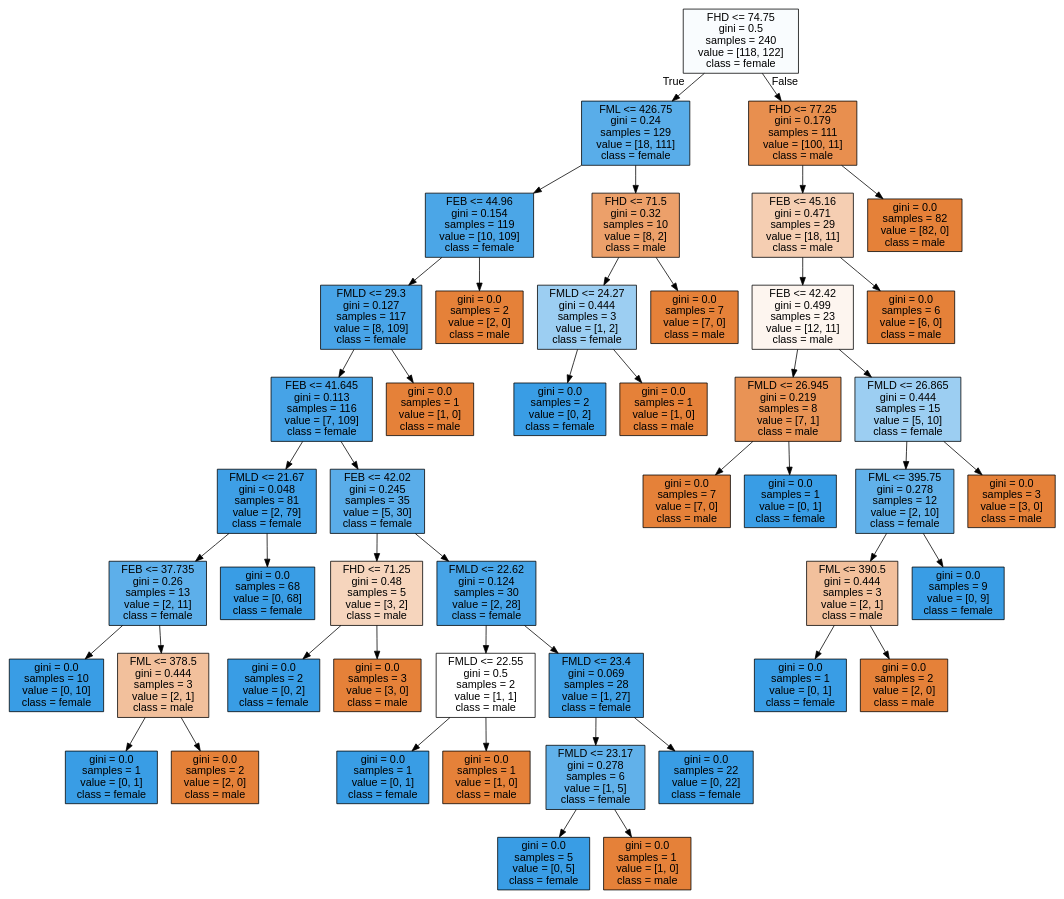
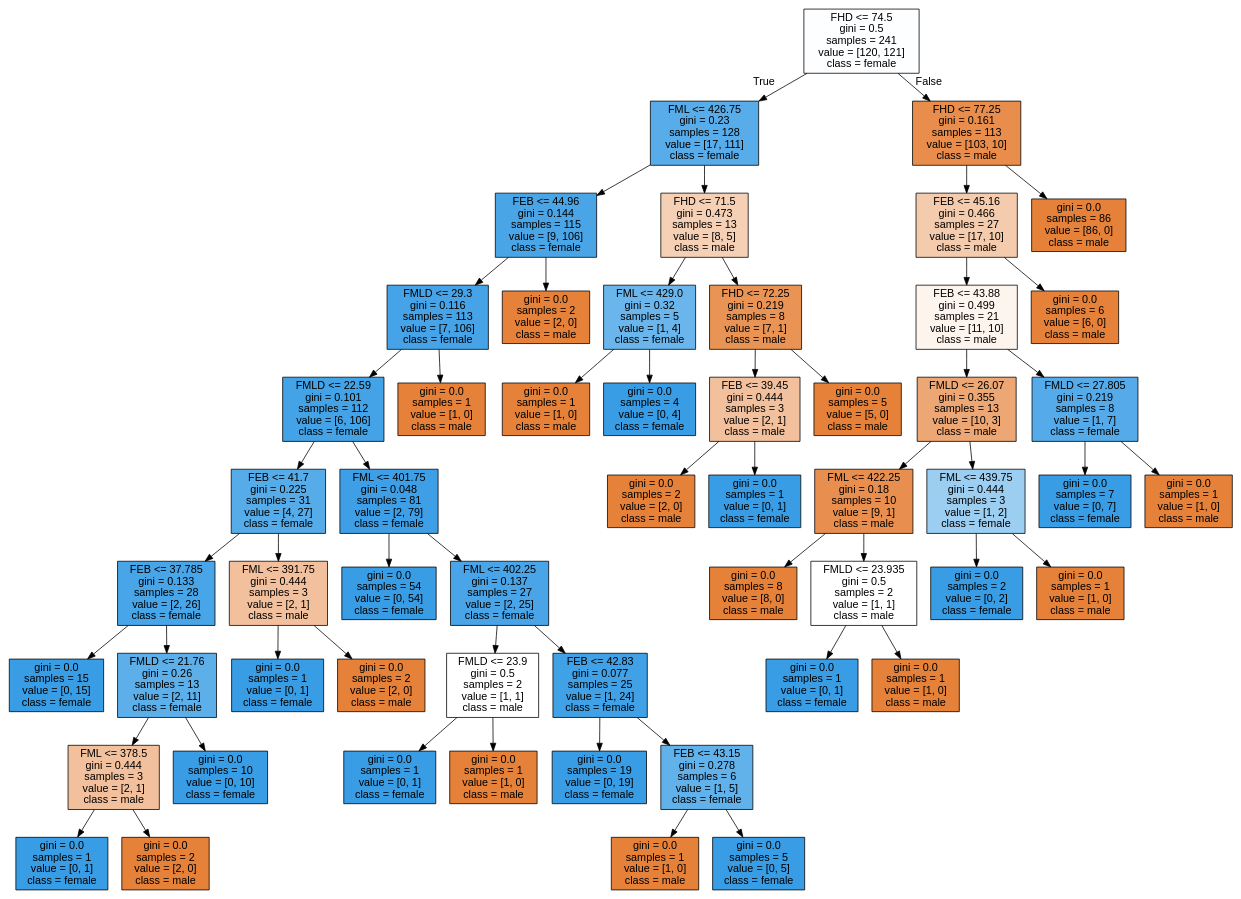
Before and after one commit to AndreeaBolonyi/ReconstituiriIstorice: the diagram in data/decision_trees/tree_sex_femur.dot, drawn with Graphviz. The commit also changed 5 other files, not shown here.

```diff
--- a/data/decision_trees/tree_sex_femur.dot
+++ b/data/decision_trees/tree_sex_femur.dot
@@ -1,97 +1,113 @@
 digraph Tree {
 node [shape=box, style="filled", color="black", fontname="helvetica"] ;
 edge [fontname="helvetica"] ;
-0 [label="FHD <= 74.75\ngini = 0.5\nsamples = 240\nvalue = [118, 122]\nclass = female", fillcolor="#f9fcfe"] ;
-1 [label="FML <= 426.75\ngini = 0.24\nsamples = 129\nvalue = [18, 111]\nclass = female", fillcolor="#59ade9"] ;
+0 [label="FHD <= 74.5\ngini = 0.5\nsamples = 241\nvalue = [120, 121]\nclass = female", fillcolor="#fdfeff"] ;
+1 [label="FML <= 426.75\ngini = 0.23\nsamples = 128\nvalue = [17, 111]\nclass = female", fillcolor="#57ace9"] ;
 0 -> 1 [labeldistance=2.5, labelangle=45, headlabel="True"] ;
-2 [label="FEB <= 44.96\ngini = 0.154\nsamples = 119\nvalue = [10, 109]\nclass = female", fillcolor="#4ba6e7"] ;
+2 [label="FEB <= 44.96\ngini = 0.144\nsamples = 115\nvalue = [9, 106]\nclass = female", fillcolor="#4aa5e7"] ;
 1 -> 2 ;
-3 [label="FMLD <= 29.3\ngini = 0.127\nsamples = 117\nvalue = [8, 109]\nclass = female", fillcolor="#48a4e7"] ;
+3 [label="FMLD <= 29.3\ngini = 0.116\nsamples = 113\nvalue = [7, 106]\nclass = female", fillcolor="#46a3e7"] ;
 2 -> 3 ;
-4 [label="FEB <= 41.645\ngini = 0.113\nsamples = 116\nvalue = [7, 109]\nclass = female", fillcolor="#46a3e7"] ;
+4 [label="FMLD <= 22.59\ngini = 0.101\nsamples = 112\nvalue = [6, 106]\nclass = female", fillcolor="#44a3e6"] ;
 3 -> 4 ;
-5 [label="FMLD <= 21.67\ngini = 0.048\nsamples = 81\nvalue = [2, 79]\nclass = female", fillcolor="#3e9fe6"] ;
+5 [label="FEB <= 41.7\ngini = 0.225\nsamples = 31\nvalue = [4, 27]\nclass = female", fillcolor="#56ace9"] ;
 4 -> 5 ;
-6 [label="FEB <= 37.735\ngini = 0.26\nsamples = 13\nvalue = [2, 11]\nclass = female", fillcolor="#5dafea"] ;
+6 [label="FEB <= 37.785\ngini = 0.133\nsamples = 28\nvalue = [2, 26]\nclass = female", fillcolor="#48a5e7"] ;
 5 -> 6 ;
-7 [label="gini = 0.0\nsamples = 10\nvalue = [0, 10]\nclass = female", fillcolor="#399de5"] ;
+7 [label="gini = 0.0\nsamples = 15\nvalue = [0, 15]\nclass = female", fillcolor="#399de5"] ;
 6 -> 7 ;
-8 [label="FML <= 378.5\ngini = 0.444\nsamples = 3\nvalue = [2, 1]\nclass = male", fillcolor="#f2c09c"] ;
+8 [label="FMLD <= 21.76\ngini = 0.26\nsamples = 13\nvalue = [2, 11]\nclass = female", fillcolor="#5dafea"] ;
 6 -> 8 ;
-9 [label="gini = 0.0\nsamples = 1\nvalue = [0, 1]\nclass = female", fillcolor="#399de5"] ;
+9 [label="FML <= 378.5\ngini = 0.444\nsamples = 3\nvalue = [2, 1]\nclass = male", fillcolor="#f2c09c"] ;
 8 -> 9 ;
-10 [label="gini = 0.0\nsamples = 2\nvalue = [2, 0]\nclass = male", fillcolor="#e58139"] ;
-8 -> 10 ;
-11 [label="gini = 0.0\nsamples = 68\nvalue = [0, 68]\nclass = female", fillcolor="#399de5"] ;
-5 -> 11 ;
-12 [label="FEB <= 42.02\ngini = 0.245\nsamples = 35\nvalue = [5, 30]\nclass = female", fillcolor="#5aade9"] ;
-4 -> 12 ;
-13 [label="FHD <= 71.25\ngini = 0.48\nsamples = 5\nvalue = [3, 2]\nclass = male", fillcolor="#f6d5bd"] ;
-12 -> 13 ;
-14 [label="gini = 0.0\nsamples = 2\nvalue = [0, 2]\nclass = female", fillcolor="#399de5"] ;
+10 [label="gini = 0.0\nsamples = 1\nvalue = [0, 1]\nclass = female", fillcolor="#399de5"] ;
+9 -> 10 ;
+11 [label="gini = 0.0\nsamples = 2\nvalue = [2, 0]\nclass = male", fillcolor="#e58139"] ;
+9 -> 11 ;
+12 [label="gini = 0.0\nsamples = 10\nvalue = [0, 10]\nclass = female", fillcolor="#399de5"] ;
+8 -> 12 ;
+13 [label="FML <= 391.75\ngini = 0.444\nsamples = 3\nvalue = [2, 1]\nclass = male", fillcolor="#f2c09c"] ;
+5 -> 13 ;
+14 [label="gini = 0.0\nsamples = 1\nvalue = [0, 1]\nclass = female", fillcolor="#399de5"] ;
 13 -> 14 ;
-15 [label="gini = 0.0\nsamples = 3\nvalue = [3, 0]\nclass = male", fillcolor="#e58139"] ;
+15 [label="gini = 0.0\nsamples = 2\nvalue = [2, 0]\nclass = male", fillcolor="#e58139"] ;
 13 -> 15 ;
-16 [label="FMLD <= 22.62\ngini = 0.124\nsamples = 30\nvalue = [2, 28]\nclass = female", fillcolor="#47a4e7"] ;
-12 -> 16 ;
-17 [label="FMLD <= 22.55\ngini = 0.5\nsamples = 2\nvalue = [1, 1]\nclass = male", fillcolor="#ffffff"] ;
+16 [label="FML <= 401.75\ngini = 0.048\nsamples = 81\nvalue = [2, 79]\nclass = female", fillcolor="#3e9fe6"] ;
+4 -> 16 ;
+17 [label="gini = 0.0\nsamples = 54\nvalue = [0, 54]\nclass = female", fillcolor="#399de5"] ;
 16 -> 17 ;
-18 [label="gini = 0.0\nsamples = 1\nvalue = [0, 1]\nclass = female", fillcolor="#399de5"] ;
-17 -> 18 ;
-19 [label="gini = 0.0\nsamples = 1\nvalue = [1, 0]\nclass = male", fillcolor="#e58139"] ;
-17 -> 19 ;
-20 [label="FMLD <= 23.4\ngini = 0.069\nsamples = 28\nvalue = [1, 27]\nclass = female", fillcolor="#40a1e6"] ;
-16 -> 20 ;
-21 [label="FMLD <= 23.17\ngini = 0.278\nsamples = 6\nvalue = [1, 5]\nclass = female", fillcolor="#61b1ea"] ;
-20 -> 21 ;
-22 [label="gini = 0.0\nsamples = 5\nvalue = [0, 5]\nclass = female", fillcolor="#399de5"] ;
-21 -> 22 ;
-23 [label="gini = 0.0\nsamples = 1\nvalue = [1, 0]\nclass = male", fillcolor="#e58139"] ;
-21 -> 23 ;
-24 [label="gini = 0.0\nsamples = 22\nvalue = [0, 22]\nclass = female", fillcolor="#399de5"] ;
-20 -> 24 ;
+18 [label="FML <= 402.25\ngini = 0.137\nsamples = 27\nvalue = [2, 25]\nclass = female", fillcolor="#49a5e7"] ;
+16 -> 18 ;
+19 [label="FMLD <= 23.9\ngini = 0.5\nsamples = 2\nvalue = [1, 1]\nclass = male", fillcolor="#ffffff"] ;
+18 -> 19 ;
+20 [label="gini = 0.0\nsamples = 1\nvalue = [0, 1]\nclass = female", fillcolor="#399de5"] ;
+19 -> 20 ;
+21 [label="gini = 0.0\nsamples = 1\nvalue = [1, 0]\nclass = male", fillcolor="#e58139"] ;
+19 -> 21 ;
+22 [label="FEB <= 42.83\ngini = 0.077\nsamples = 25\nvalue = [1, 24]\nclass = female", fillcolor="#41a1e6"] ;
+18 -> 22 ;
+23 [label="gini = 0.0\nsamples = 19\nvalue = [0, 19]\nclass = female", fillcolor="#399de5"] ;
+22 -> 23 ;
+24 [label="FEB <= 43.15\ngini = 0.278\nsamples = 6\nvalue = [1, 5]\nclass = female", fillcolor="#61b1ea"] ;
+22 -> 24 ;
 25 [label="gini = 0.0\nsamples = 1\nvalue = [1, 0]\nclass = male", fillcolor="#e58139"] ;
-3 -> 25 ;
-26 [label="gini = 0.0\nsamples = 2\nvalue = [2, 0]\nclass = male", fillcolor="#e58139"] ;
-2 -> 26 ;
-27 [label="FHD <= 71.5\ngini = 0.32\nsamples = 10\nvalue = [8, 2]\nclass = male", fillcolor="#eca06a"] ;
-1 -> 27 ;
-28 [label="FMLD <= 24.27\ngini = 0.444\nsamples = 3\nvalue = [1, 2]\nclass = female", fillcolor="#9ccef2"] ;
-27 -> 28 ;
-29 [label="gini = 0.0\nsamples = 2\nvalue = [0, 2]\nclass = female", fillcolor="#399de5"] ;
-28 -> 29 ;
-30 [label="gini = 0.0\nsamples = 1\nvalue = [1, 0]\nclass = male", fillcolor="#e58139"] ;
-28 -> 30 ;
-31 [label="gini = 0.0\nsamples = 7\nvalue = [7, 0]\nclass = male", fillcolor="#e58139"] ;
-27 -> 31 ;
-32 [label="FHD <= 77.25\ngini = 0.179\nsamples = 111\nvalue = [100, 11]\nclass = male", fillcolor="#e88f4f"] ;
-0 -> 32 [labeldistance=2.5, labelangle=-45, headlabel="False"] ;
-33 [label="FEB <= 45.16\ngini = 0.471\nsamples = 29\nvalue = [18, 11]\nclass = male", fillcolor="#f5ceb2"] ;
-32 -> 33 ;
-34 [label="FEB <= 42.42\ngini = 0.499\nsamples = 23\nvalue = [12, 11]\nclass = male", fillcolor="#fdf5ef"] ;
+24 -> 25 ;
+26 [label="gini = 0.0\nsamples = 5\nvalue = [0, 5]\nclass = female", fillcolor="#399de5"] ;
+24 -> 26 ;
+27 [label="gini = 0.0\nsamples = 1\nvalue = [1, 0]\nclass = male", fillcolor="#e58139"] ;
+3 -> 27 ;
+28 [label="gini = 0.0\nsamples = 2\nvalue = [2, 0]\nclass = male", fillcolor="#e58139"] ;
+2 -> 28 ;
+29 [label="FHD <= 71.5\ngini = 0.473\nsamples = 13\nvalue = [8, 5]\nclass = male", fillcolor="#f5d0b5"] ;
+1 -> 29 ;
+30 [label="FML <= 429.0\ngini = 0.32\nsamples = 5\nvalue = [1, 4]\nclass = female", fillcolor="#6ab6ec"] ;
+29 -> 30 ;
+31 [label="gini = 0.0\nsamples = 1\nvalue = [1, 0]\nclass = male", fillcolor="#e58139"] ;
+30 -> 31 ;
+32 [label="gini = 0.0\nsamples = 4\nvalue = [0, 4]\nclass = female", fillcolor="#399de5"] ;
+30 -> 32 ;
+33 [label="FHD <= 72.25\ngini = 0.219\nsamples = 8\nvalue = [7, 1]\nclass = male", fillcolor="#e99355"] ;
+29 -> 33 ;
+34 [label="FEB <= 39.45\ngini = 0.444\nsamples = 3\nvalue = [2, 1]\nclass = male", fillcolor="#f2c09c"] ;
 33 -> 34 ;
-35 [label="FMLD <= 26.945\ngini = 0.219\nsamples = 8\nvalue = [7, 1]\nclass = male", fillcolor="#e99355"] ;
+35 [label="gini = 0.0\nsamples = 2\nvalue = [2, 0]\nclass = male", fillcolor="#e58139"] ;
 34 -> 35 ;
-36 [label="gini = 0.0\nsamples = 7\nvalue = [7, 0]\nclass = male", fillcolor="#e58139"] ;
-35 -> 36 ;
-37 [label="gini = 0.0\nsamples = 1\nvalue = [0, 1]\nclass = female", fillcolor="#399de5"] ;
-35 -> 37 ;
-38 [label="FMLD <= 26.865\ngini = 0.444\nsamples = 15\nvalue = [5, 10]\nclass = female", fillcolor="#9ccef2"] ;
-34 -> 38 ;
-39 [label="FML <= 395.75\ngini = 0.278\nsamples = 12\nvalue = [2, 10]\nclass = female", fillcolor="#61b1ea"] ;
+36 [label="gini = 0.0\nsamples = 1\nvalue = [0, 1]\nclass = female", fillcolor="#399de5"] ;
+34 -> 36 ;
+37 [label="gini = 0.0\nsamples = 5\nvalue = [5, 0]\nclass = male", fillcolor="#e58139"] ;
+33 -> 37 ;
+38 [label="FHD <= 77.25\ngini = 0.161\nsamples = 113\nvalue = [103, 10]\nclass = male", fillcolor="#e88d4c"] ;
+0 -> 38 [labeldistance=2.5, labelangle=-45, headlabel="False"] ;
+39 [label="FEB <= 45.16\ngini = 0.466\nsamples = 27\nvalue = [17, 10]\nclass = male", fillcolor="#f4cbad"] ;
 38 -> 39 ;
-40 [label="FML <= 390.5\ngini = 0.444\nsamples = 3\nvalue = [2, 1]\nclass = male", fillcolor="#f2c09c"] ;
+40 [label="FEB <= 43.88\ngini = 0.499\nsamples = 21\nvalue = [11, 10]\nclass = male", fillcolor="#fdf4ed"] ;
 39 -> 40 ;
-41 [label="gini = 0.0\nsamples = 1\nvalue = [0, 1]\nclass = female", fillcolor="#399de5"] ;
+41 [label="FMLD <= 26.07\ngini = 0.355\nsamples = 13\nvalue = [10, 3]\nclass = male", fillcolor="#eda774"] ;
 40 -> 41 ;
-42 [label="gini = 0.0\nsamples = 2\nvalue = [2, 0]\nclass = male", fillcolor="#e58139"] ;
-40 -> 42 ;
-43 [label="gini = 0.0\nsamples = 9\nvalue = [0, 9]\nclass = female", fillcolor="#399de5"] ;
-39 -> 43 ;
-44 [label="gini = 0.0\nsamples = 3\nvalue = [3, 0]\nclass = male", fillcolor="#e58139"] ;
-38 -> 44 ;
-45 [label="gini = 0.0\nsamples = 6\nvalue = [6, 0]\nclass = male", fillcolor="#e58139"] ;
-33 -> 45 ;
-46 [label="gini = 0.0\nsamples = 82\nvalue = [82, 0]\nclass = male", fillcolor="#e58139"] ;
-32 -> 46 ;
+42 [label="FML <= 422.25\ngini = 0.18\nsamples = 10\nvalue = [9, 1]\nclass = male", fillcolor="#e88f4f"] ;
+41 -> 42 ;
+43 [label="gini = 0.0\nsamples = 8\nvalue = [8, 0]\nclass = male", fillcolor="#e58139"] ;
+42 -> 43 ;
+44 [label="FMLD <= 23.935\ngini = 0.5\nsamples = 2\nvalue = [1, 1]\nclass = male", fillcolor="#ffffff"] ;
+42 -> 44 ;
+45 [label="gini = 0.0\nsamples = 1\nvalue = [0, 1]\nclass = female", fillcolor="#399de5"] ;
+44 -> 45 ;
+46 [label="gini = 0.0\nsamples = 1\nvalue = [1, 0]\nclass = male", fillcolor="#e58139"] ;
+44 -> 46 ;
+47 [label="FML <= 439.75\ngini = 0.444\nsamples = 3\nvalue = [1, 2]\nclass = female", fillcolor="#9ccef2"] ;
+41 -> 47 ;
+48 [label="gini = 0.0\nsamples = 2\nvalue = [0, 2]\nclass = female", fillcolor="#399de5"] ;
+47 -> 48 ;
+49 [label="gini = 0.0\nsamples = 1\nvalue = [1, 0]\nclass = male", fillcolor="#e58139"] ;
+47 -> 49 ;
+50 [label="FMLD <= 27.805\ngini = 0.219\nsamples = 8\nvalue = [1, 7]\nclass = female", fillcolor="#55abe9"] ;
+40 -> 50 ;
+51 [label="gini = 0.0\nsamples = 7\nvalue = [0, 7]\nclass = female", fillcolor="#399de5"] ;
+50 -> 51 ;
+52 [label="gini = 0.0\nsamples = 1\nvalue = [1, 0]\nclass = male", fillcolor="#e58139"] ;
+50 -> 52 ;
+53 [label="gini = 0.0\nsamples = 6\nvalue = [6, 0]\nclass = male", fillcolor="#e58139"] ;
+39 -> 53 ;
+54 [label="gini = 0.0\nsamples = 86\nvalue = [86, 0]\nclass = male", fillcolor="#e58139"] ;
+38 -> 54 ;
 }
```
